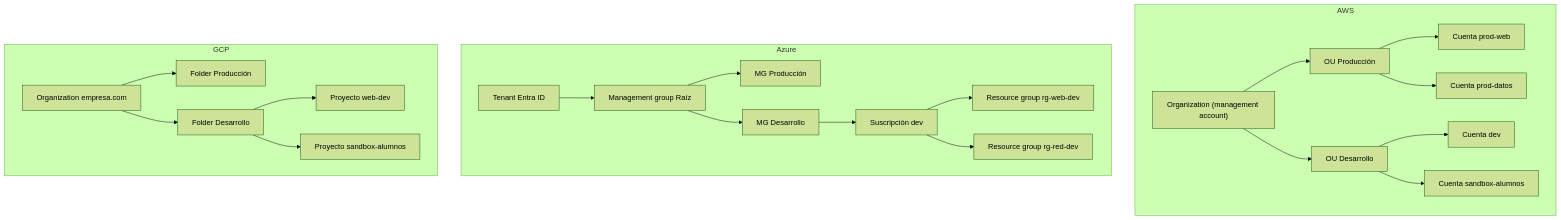
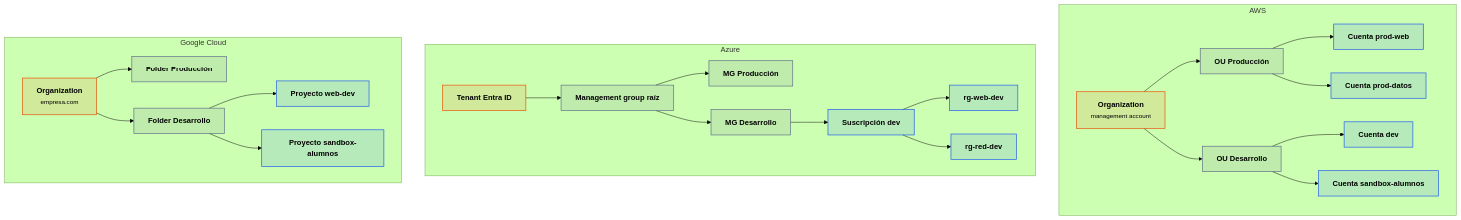
One commit to victor-educ/apuntes-5166 changed the fourth of 5 diagrams in docs/ut/ut4-nube-publica.md. Above: the diagram before and after it, drawn with Mermaid (forest theme). The commit also changed other lines of this file and 12 other files, not shown here.

First line of the commit message:
Temporalización definitiva, gramática visual y diagramas en todas las unidades

````diff
--- a/docs/ut/ut4-nube-publica.md
+++ b/docs/ut/ut4-nube-publica.md
@@ -212,25 +267,41 @@
 ```mermaid
 flowchart TD
-    subgraph AWS
-        ORG["Organization (management account)"] --> OU1["OU Producción"]
-        ORG --> OU2["OU Desarrollo"]
-        OU1 --> C1["Cuenta prod-web"]
-        OU1 --> C2["Cuenta prod-datos"]
-        OU2 --> C3["Cuenta dev"]
-        OU2 --> C4["Cuenta sandbox-alumnos"]
+    subgraph AWS["AWS"]
+        ORG["<b>Organization</b><br><small>management account</small>"]:::act
+        OU1["<b>OU Producción</b>"]:::pieza
+        OU2["<b>OU Desarrollo</b>"]:::pieza
+        C1["<b>Cuenta prod-web</b>"]:::dato
+        C2["<b>Cuenta prod-datos</b>"]:::dato
+        C3["<b>Cuenta dev</b>"]:::dato
+        C4["<b>Cuenta sandbox-alumnos</b>"]:::dato
+        ORG --> OU1 & OU2
+        OU1 --> C1 & C2
+        OU2 --> C3 & C4
     end
-    subgraph Azure
-        TEN["Tenant Entra ID"] --> MG["Management group Raíz"]
-        MG --> MG1["MG Producción"]
-        MG --> MG2["MG Desarrollo"]
-        MG2 --> SUB["Suscripción dev"]
-        SUB --> RG1["Resource group rg-web-dev"]
-        SUB --> RG2["Resource group rg-red-dev"]
+    subgraph AZ["Azure"]
+        TEN["<b>Tenant Entra ID</b>"]:::act
+        MG["<b>Management group raíz</b>"]:::pieza
+        MG1["<b>MG Producción</b>"]:::pieza
+        MG2["<b>MG Desarrollo</b>"]:::pieza
+        SUB["<b>Suscripción dev</b>"]:::dato
+        RG1["<b>rg-web-dev</b>"]:::dato
+        RG2["<b>rg-red-dev</b>"]:::dato
+        TEN --> MG --> MG1 & MG2
+        MG2 --> SUB --> RG1 & RG2
     end
-    subgraph GCP
-        GORG["Organization empresa.com"] --> F1["Folder Producción"]
-        GORG --> F2["Folder Desarrollo"]
-        F2 --> P1["Proyecto web-dev"]
-        F2 --> P2["Proyecto sandbox-alumnos"]
+    subgraph GCP["Google Cloud"]
+        GORG["<b>Organization</b><br><small>empresa.com</small>"]:::act
+        F1["<b>Folder Producción</b>"]:::pieza
+        F2["<b>Folder Desarrollo</b>"]:::pieza
+        P1["<b>Proyecto web-dev</b>"]:::dato
+        P2["<b>Proyecto sandbox-alumnos</b>"]:::dato
+        GORG --> F1 & F2
+        F2 --> P1 & P2
     end
+    classDef act fill:#ea580c22,stroke:#ea580c,stroke-width:1.5px
+    classDef pieza fill:#64748b22,stroke:#64748b,stroke-width:1.5px
+    classDef dato fill:#2563eb22,stroke:#2563eb,stroke-width:1.5px
+    classDef infra fill:#a1a1aa14,stroke:#a1a1aa,stroke-width:1.5px
+    classDef ok fill:#16a34a22,stroke:#16a34a,stroke-width:1.5px
+    classDef riesgo fill:#dc262622,stroke:#dc2626,stroke-width:1.5px
 ```
````
